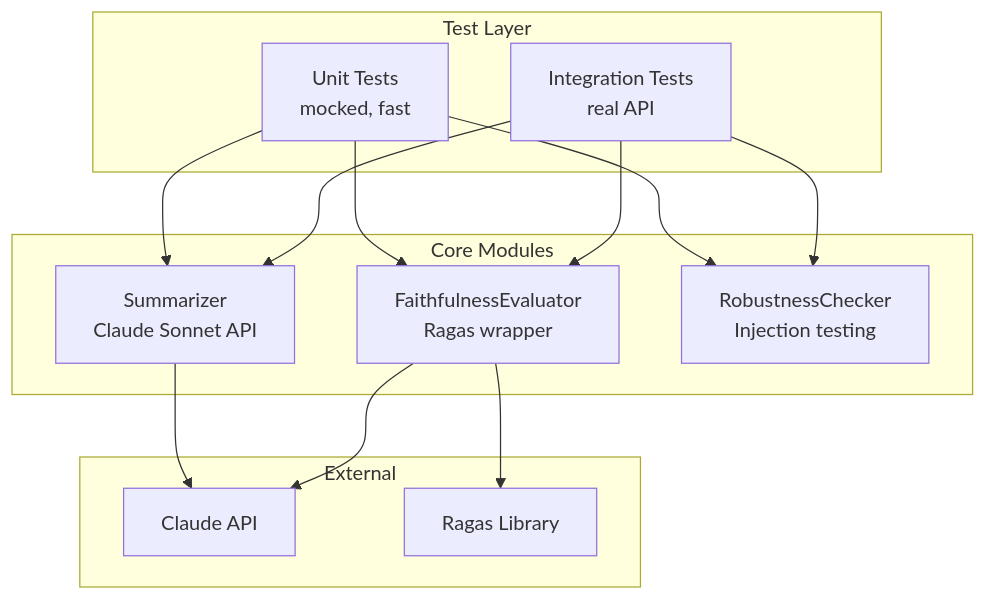
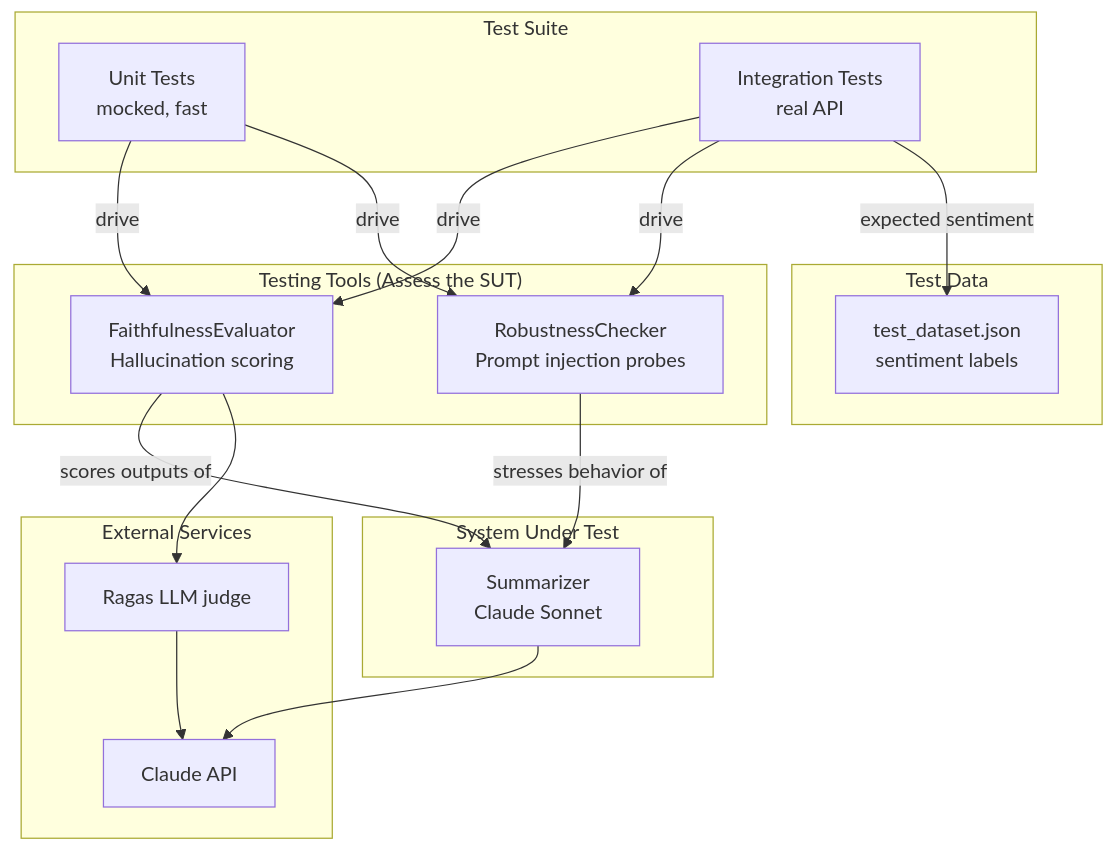
Before and after one commit to gsiam/review-sentiment-eval: the first of 2 diagrams in README.md, drawn with Mermaid. The commit also changed other lines of this file, not shown here.

Commit message:
Refactor architecture diagram in README to clarify system components and their interactions

````diff
--- a/README.md
+++ b/README.md
@@ -13,28 +13,36 @@
 ```mermaid
-graph TB
-    subgraph "Test Layer"
+graph TD
+    subgraph "System Under Test"
+        S[Summarizer<br/>Claude Sonnet]
+    end
+
+    subgraph "Testing Tools (Assess the SUT)"
+        E[FaithfulnessEvaluator<br/>Hallucination scoring]
+        R[RobustnessChecker<br/>Prompt injection probes]
+    end
+
+    subgraph "Test Suite"
         UT[Unit Tests<br/>mocked, fast]
         IT[Integration Tests<br/>real API]
     end
 
-    subgraph "Core Modules"
-        S[Summarizer<br/>Claude Sonnet API]
-        E[FaithfulnessEvaluator<br/>Ragas wrapper]
-        R[RobustnessChecker<br/>Injection testing]
+    subgraph "External Services"
+        API[Claude API]
+        RAGAS[Ragas LLM judge]
     end
 
-    subgraph "External"
-        API[Claude API]
-        RAGAS[Ragas Library]
+    subgraph "Test Data"
+        DATA[test_dataset.json<br/>sentiment labels]
     end
 
-    UT --> S
-    UT --> E
-    UT --> R
-    IT --> S
-    IT --> E
-    IT --> R
+    UT -->|drive| E
+    IT -->|drive| E
+    UT -->|drive| R
+    IT -->|drive| R
+    IT -->|expected sentiment| DATA
+    E -->|scores outputs of| S
+    R -->|stresses behavior of| S
     S --> API
+    RAGAS --> API
     E --> RAGAS
-    E --> API
 ```
````
